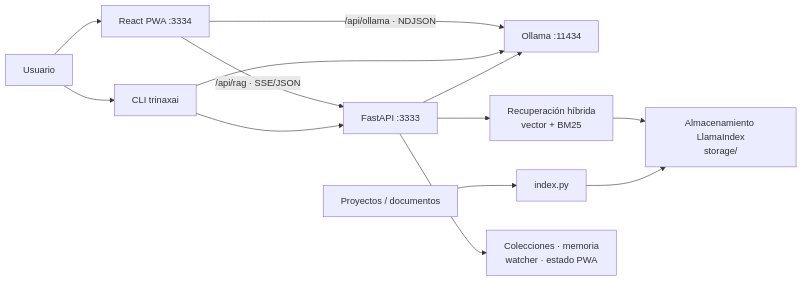
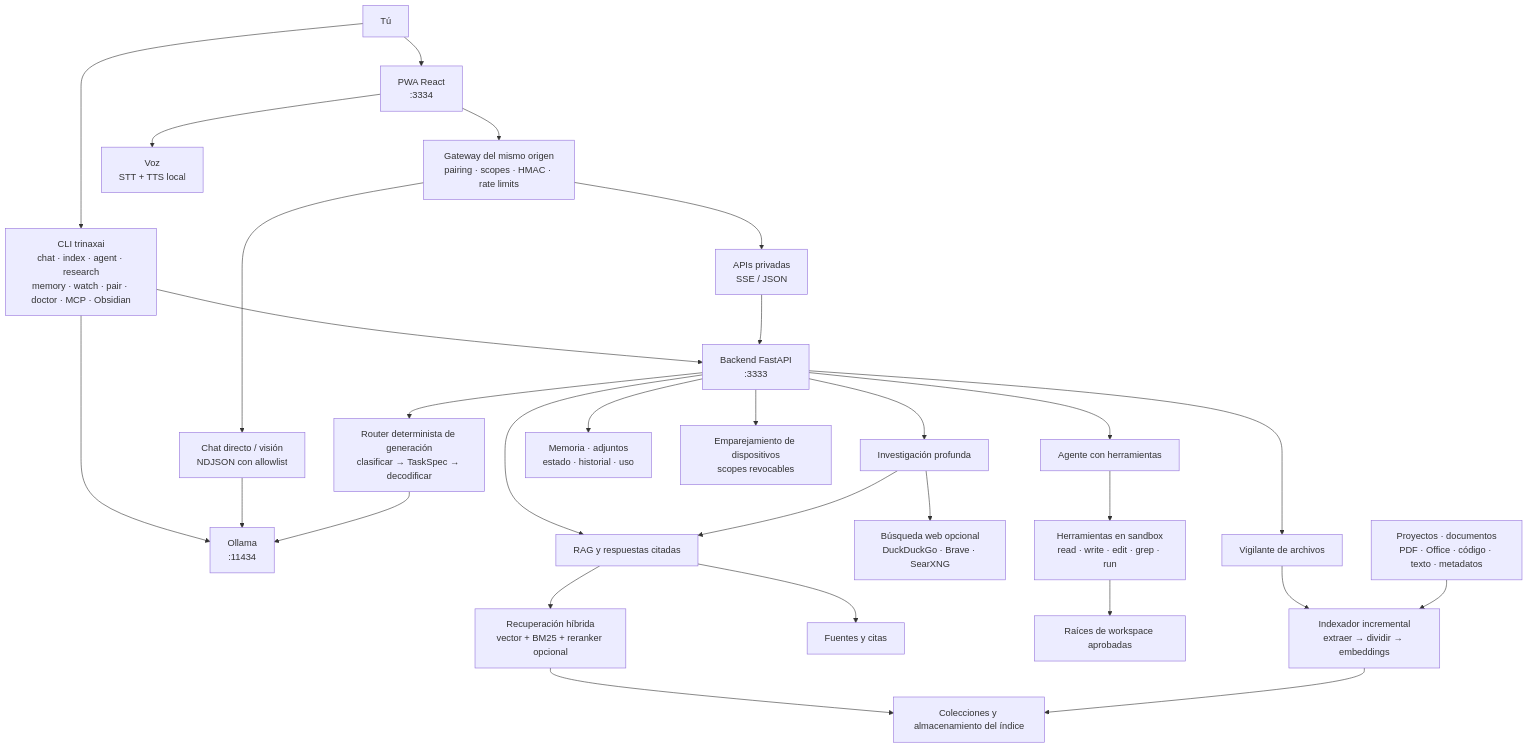
Before and after one commit to TrinaxCode/TrinaxAI: the diagram in README.es.md, drawn with Mermaid. The commit also changed other lines of this file and 37 other files, not shown here.

````diff
--- a/README.es.md
+++ b/README.es.md
@@ -73,15 +178,33 @@
 ```mermaid
-flowchart LR
-  U["Usuario"] --> PWA["React PWA :3334"]
-  U --> CLI["CLI trinaxai"]
-  PWA -->|"/api/ollama · NDJSON"| OL["Ollama :11434"]
-  PWA -->|"/api/rag · SSE/JSON"| API["FastAPI :3333"]
+flowchart TB
+  U["Tú"] --> PWA["PWA React<br/>:3334"]
+  U --> CLI["CLI trinaxai<br/>chat · index · agent · research<br/>memory · watch · pair · doctor · MCP · Obsidian"]
+  PWA --> GW["Gateway del mismo origen<br/>pairing · scopes · HMAC · rate limits"]
   CLI --> API
   CLI --> OL
-  API --> R["Recuperación híbrida<br/>vector + BM25"]
-  R --> S["Almacenamiento LlamaIndex<br/>storage/"]
-  API --> OL
-  IDX["index.py"] --> S
-  SRC["Proyectos / documentos"] --> IDX
-  API --> DATA["Colecciones · memoria<br/>watcher · estado PWA"]
+  GW --> DIRECT["Chat directo / visión<br/>NDJSON con allowlist"]
+  DIRECT --> OL["Ollama<br/>:11434"]
+  GW --> PRIVATE["APIs privadas<br/>SSE / JSON"]
+  PRIVATE --> API["Backend FastAPI<br/>:3333"]
+
+  API --> ROUTER["Router determinista de generación<br/>clasificar → TaskSpec → decodificar"]
+  ROUTER --> OL
+  API --> RAG["RAG y respuestas citadas"]
+  RAG --> RETRIEVE["Recuperación híbrida<br/>vector + BM25 + reranker opcional"]
+  RETRIEVE --> STORE["Colecciones y almacenamiento del índice"]
+  RAG --> CITE["Fuentes y citas"]
+  API --> RESEARCH["Investigación profunda"]
+  RESEARCH --> RAG
+  RESEARCH --> WEB["Búsqueda web opcional<br/>DuckDuckGo · Brave · SearXNG"]
+
+  API --> AGENT["Agente con herramientas"]
+  AGENT --> TOOLS["Herramientas en sandbox<br/>read · write · edit · grep · run"]
+  TOOLS --> WS["Raíces de workspace aprobadas"]
+  API --> DATA["Memoria · adjuntos<br/>estado · historial · uso"]
+  API --> PAIR["Emparejamiento de dispositivos<br/>scopes revocables"]
+  API --> WATCH["Vigilante de archivos"]
+  WATCH --> INDEX["Indexador incremental<br/>extraer → dividir → embeddings"]
+  SRC["Proyectos · documentos<br/>PDF · Office · código · texto · metadatos"] --> INDEX
+  INDEX --> STORE
+  PWA --> VOICE["Voz<br/>STT + TTS local"]
 ```
````
